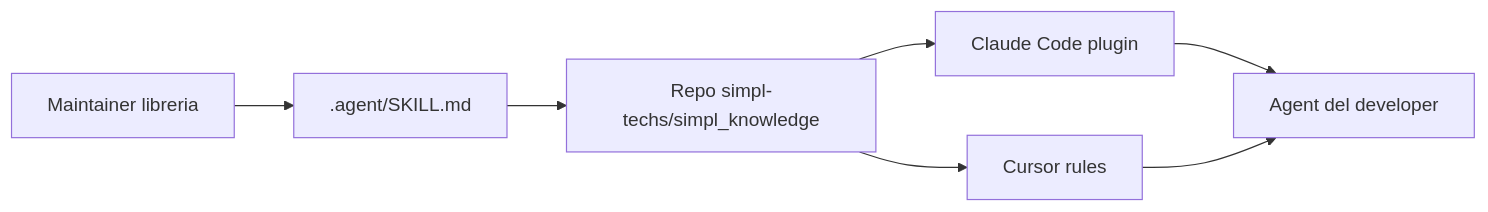
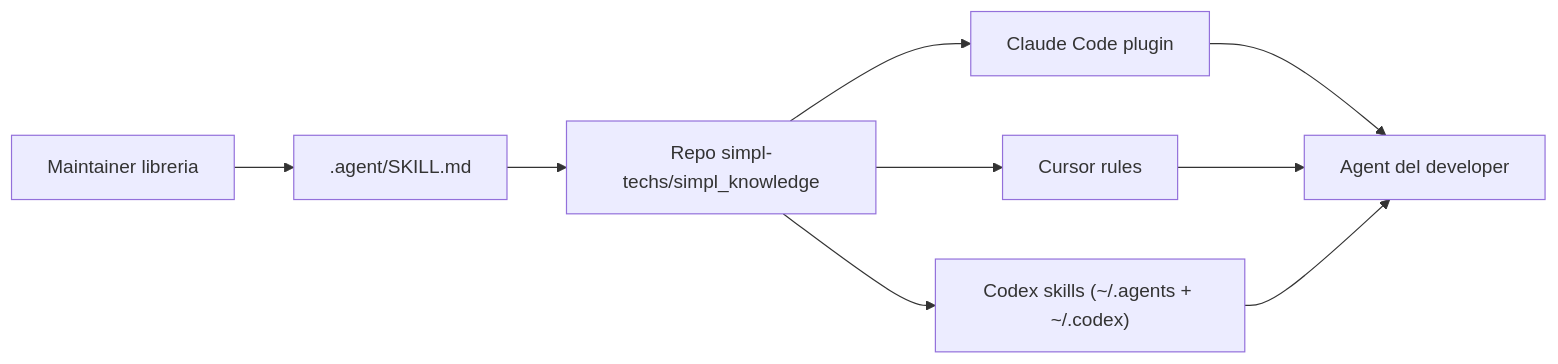
The diagram in docs/human/QUICKSTART.md (simpl-techs/simpl_knowledge), drawn with Mermaid before and after one commit. The commit also changed other lines of this file and 16 other files, not shown here.

````diff
--- a/docs/human/QUICKSTART.md
+++ b/docs/human/QUICKSTART.md
@@ -5,9 +5,11 @@
 ```mermaid
 flowchart LR
   maintainer[Maintainer libreria] --> skill[".agent/SKILL.md"]
   skill --> hub["Repo simpl-techs/simpl_knowledge"]
   hub --> claude[Claude Code plugin]
   hub --> cursor[Cursor rules]
+  hub --> codex["Codex skills (~/.agents + ~/.codex)"]
   claude --> dev[Agent del developer]
   cursor --> dev
+  codex --> dev
 ```
````
